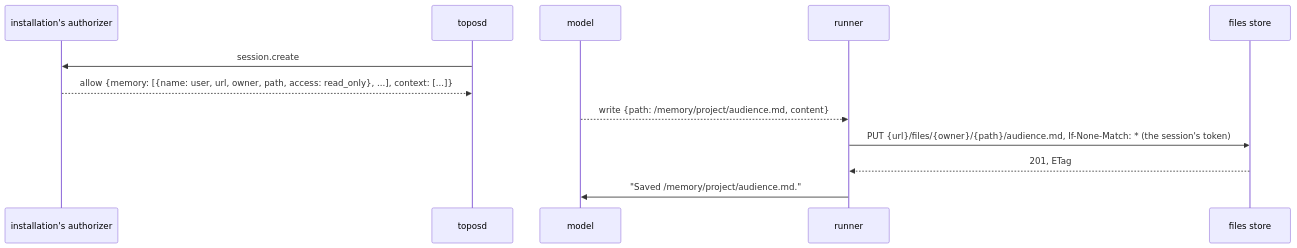
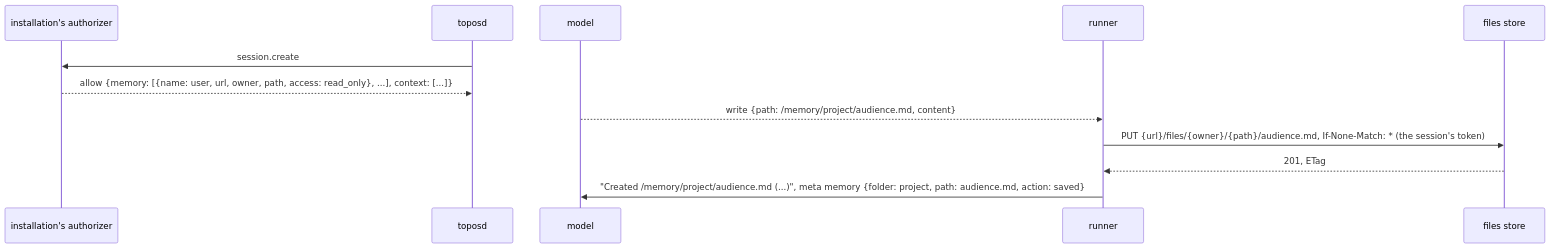
The diagram in specs/093-memory-folders-the-file-tools-reach.md (latere-ai/topos), drawn with Mermaid before and after one commit. The commit also changed other lines of this file and 1 other file, not shown here.

````diff
--- a/specs/093-memory-folders-the-file-tools-reach.md
+++ b/specs/093-memory-folders-the-file-tools-reach.md
@@ -59,14 +59,14 @@
 ```mermaid
 sequenceDiagram
   participant A as installation's authorizer
   participant T as toposd
   participant M as model
   participant R as runner
   participant F as files store
   T->>A: session.create
   A-->>T: allow {memory: [{name: user, url, owner, path, access: read_only}, ...], context: [...]}
   M-->>R: write {path: /memory/project/audience.md, content}
   R->>F: PUT {url}/files/{owner}/{path}/audience.md, If-None-Match: * (the session's token)
   F-->>R: 201, ETag
-  R->>M: "Saved /memory/project/audience.md."
+  R->>M: "Created /memory/project/audience.md (...)", meta memory {folder: project, path: audience.md, action: saved}
 ```
````
